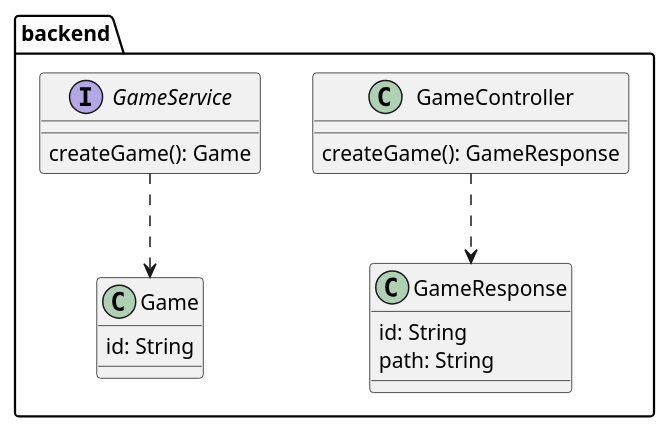
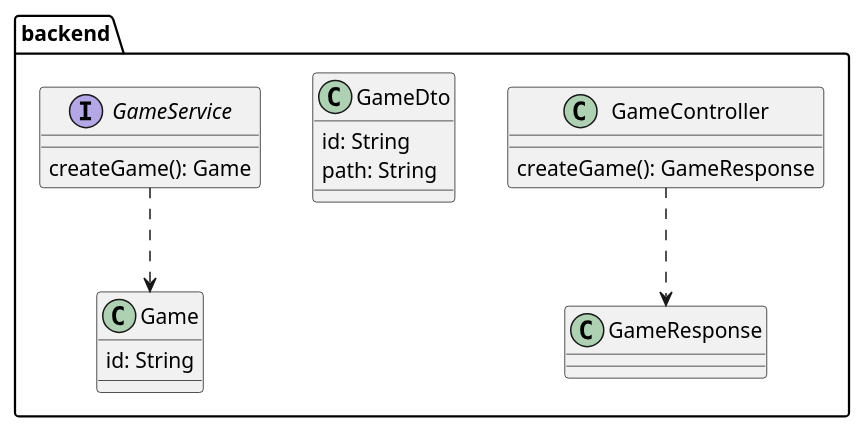
The diagram in docs/diagrams/class_diagramm.plantuml (patrickwinti/worldwidewalter), drawn with PlantUML before and after one commit. The commit also changed 1 other file, not shown here.

Commit message:
[WWW-20] rename class diagrams

```diff
--- a/docs/diagrams/class_diagramm.plantuml
+++ b/docs/diagrams/class_diagramm.plantuml
@@ -1,21 +1,21 @@
 @startuml
 package backend{
     class GameController{
       createGame(): GameResponse
     }
-    class GameResponse{
+    class GameDto{
         id: String
         path: String
     }
     class Game{
         id: String
     }
     interface GameService{
         createGame(): Game
     }
 
 
     GameController ..> GameResponse
     GameService ..> Game
 }
 @enduml
```
